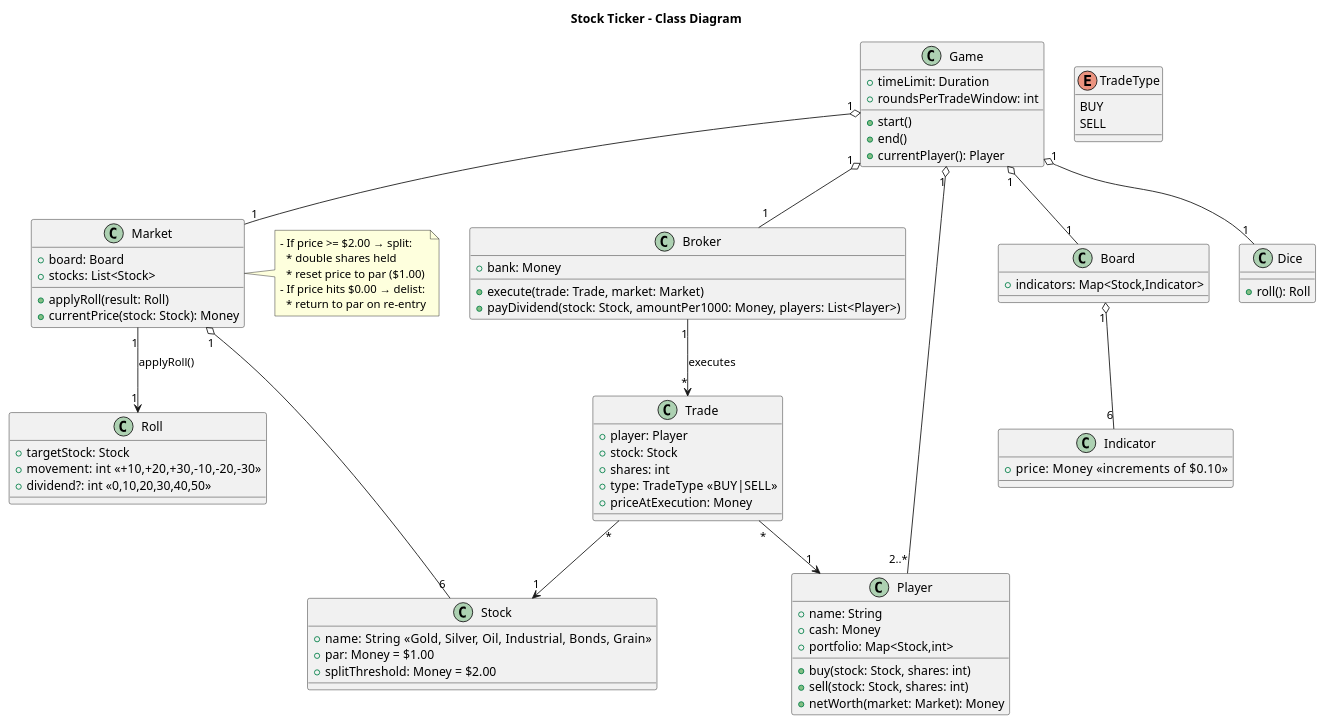
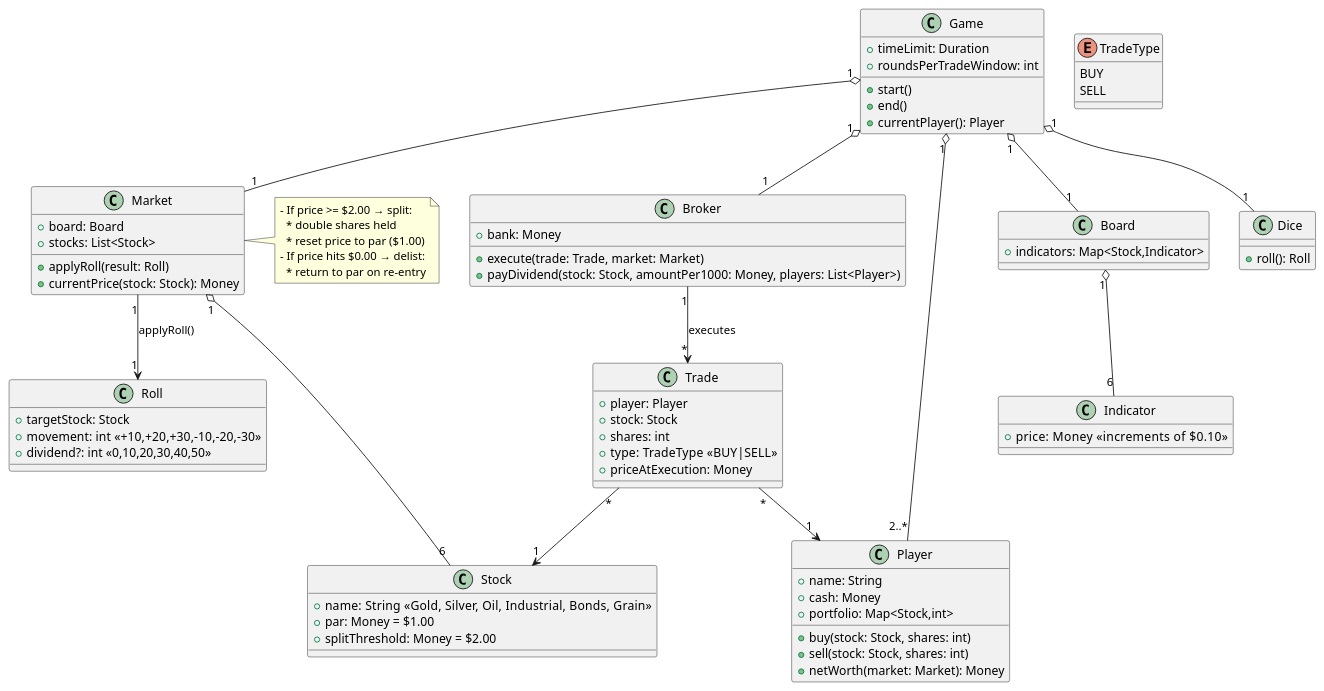
The first of 3 diagrams in README.md (hawryschuk/stock-ticker), drawn with PlantUML before and after one commit. The commit also changed other lines of this file and 4 other files, not shown here.

````diff
--- a/README.md
+++ b/README.md
@@ -9,6 +10,5 @@
 ```plantuml
 @startuml
-title Stock Ticker – Class Diagram
 
 class Game {
   +timeLimit: Duration
````
